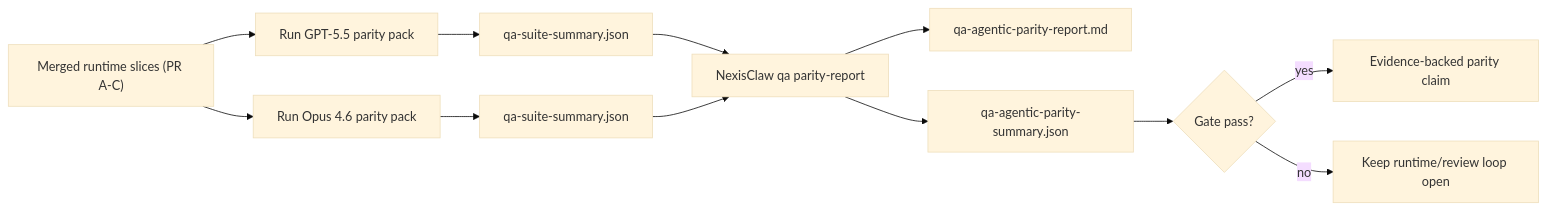
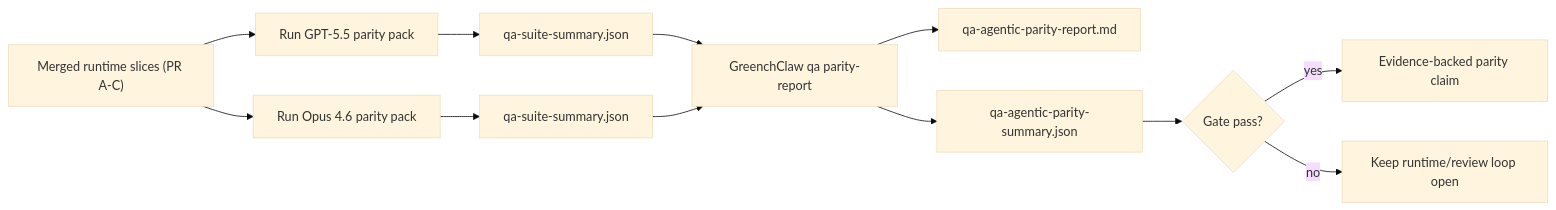
One commit to greench-ai/greench-claw changed the second of 2 diagrams in docs/help/gpt55-codex-agentic-parity.md. Above: the diagram before and after it, drawn with Mermaid (base theme). The commit also changed other lines of this file and 9467 other files, not shown here.

````diff
--- a/docs/help/gpt55-codex-agentic-parity.md
+++ b/docs/help/gpt55-codex-agentic-parity.md
@@ -122,14 +122,14 @@
 ```mermaid
 flowchart LR
     A["Merged runtime slices (PR A-C)"] --> B["Run GPT-5.5 parity pack"]
     A --> C["Run Opus 4.6 parity pack"]
     B --> D["qa-suite-summary.json"]
     C --> E["qa-suite-summary.json"]
-    D --> F["NexisClaw qa parity-report"]
+    D --> F["GreenchClaw qa parity-report"]
     E --> F
     F --> G["qa-agentic-parity-report.md"]
     F --> H["qa-agentic-parity-summary.json"]
     H --> I{"Gate pass?"}
     I -- "yes" --> J["Evidence-backed parity claim"]
     I -- "no" --> K["Keep runtime/review loop open"]
 ```
````
